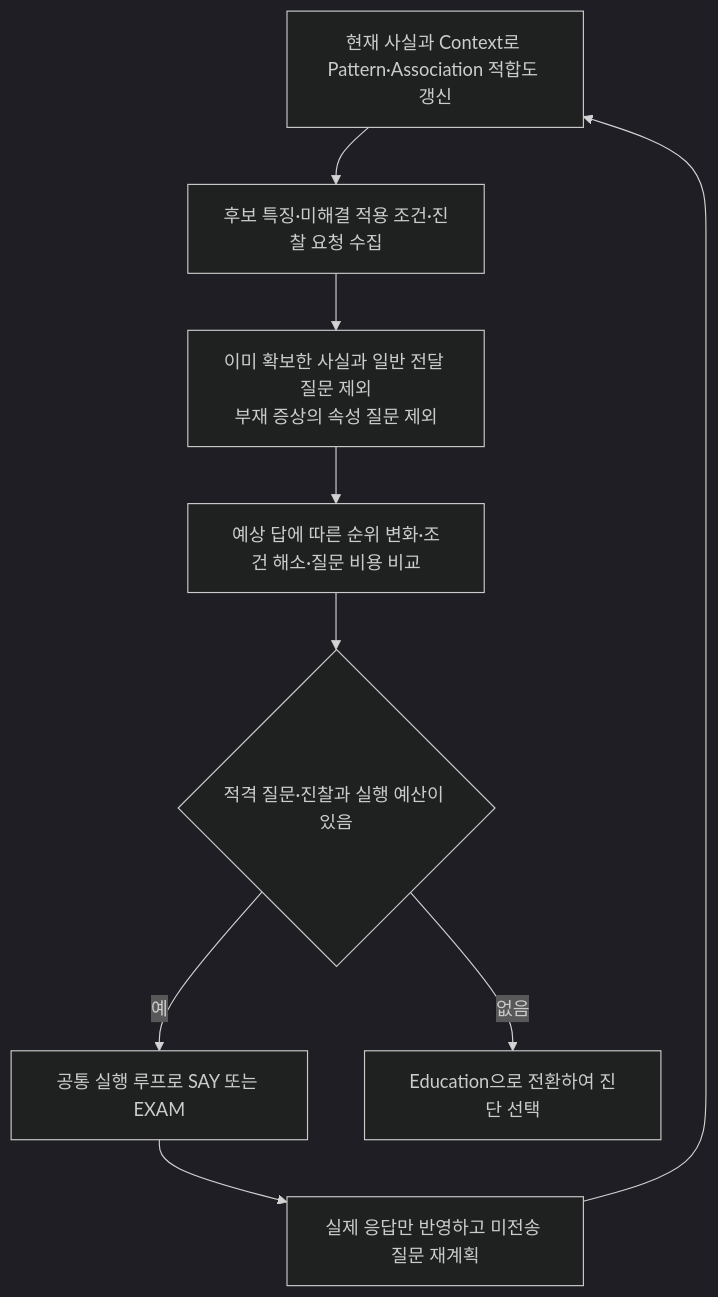
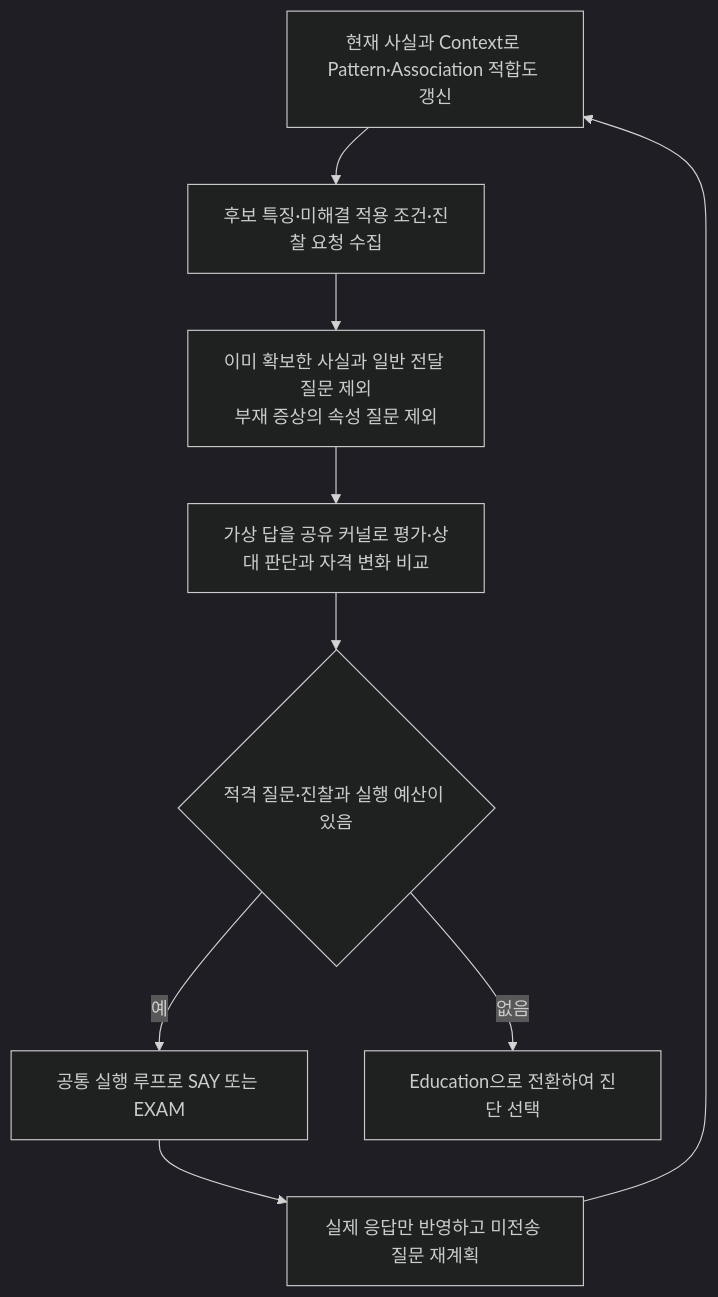
Before and after one commit to devRestain/Ontoward: the fourth of 12 diagrams in submission/README.md, drawn with Mermaid (dark theme). The commit also changed other lines of this file and 36 other files, not shown here.

````diff
--- a/submission/README.md
+++ b/submission/README.md
@@ -183,11 +168,11 @@
 ```mermaid
 flowchart TD
     D0["현재 사실과 Context로 Pattern·Association 적합도 갱신"] --> D1["후보 특징·미해결 적용 조건·진찰 요청 수집"]
     D1 --> D2["이미 확보한 사실과 일반 전달 질문 제외<br/>부재 증상의 속성 질문 제외"]
-    D2 --> D3["예상 답에 따른 순위 변화·조건 해소·질문 비용 비교"]
+    D2 --> D3["가상 답을 공유 커널로 평가·상대 판단과 자격 변화 비교"]
     D3 --> D4{"적격 질문·진찰과 실행 예산이 있음"}
     D4 -->|예| D5["공통 실행 루프로 SAY 또는 EXAM"]
     D5 --> D6["실제 응답만 반영하고 미전송 질문 재계획"]
     D6 --> D0
     D4 -->|없음| D7["Education으로 전환하여 진단 선택"]
 ```
````
